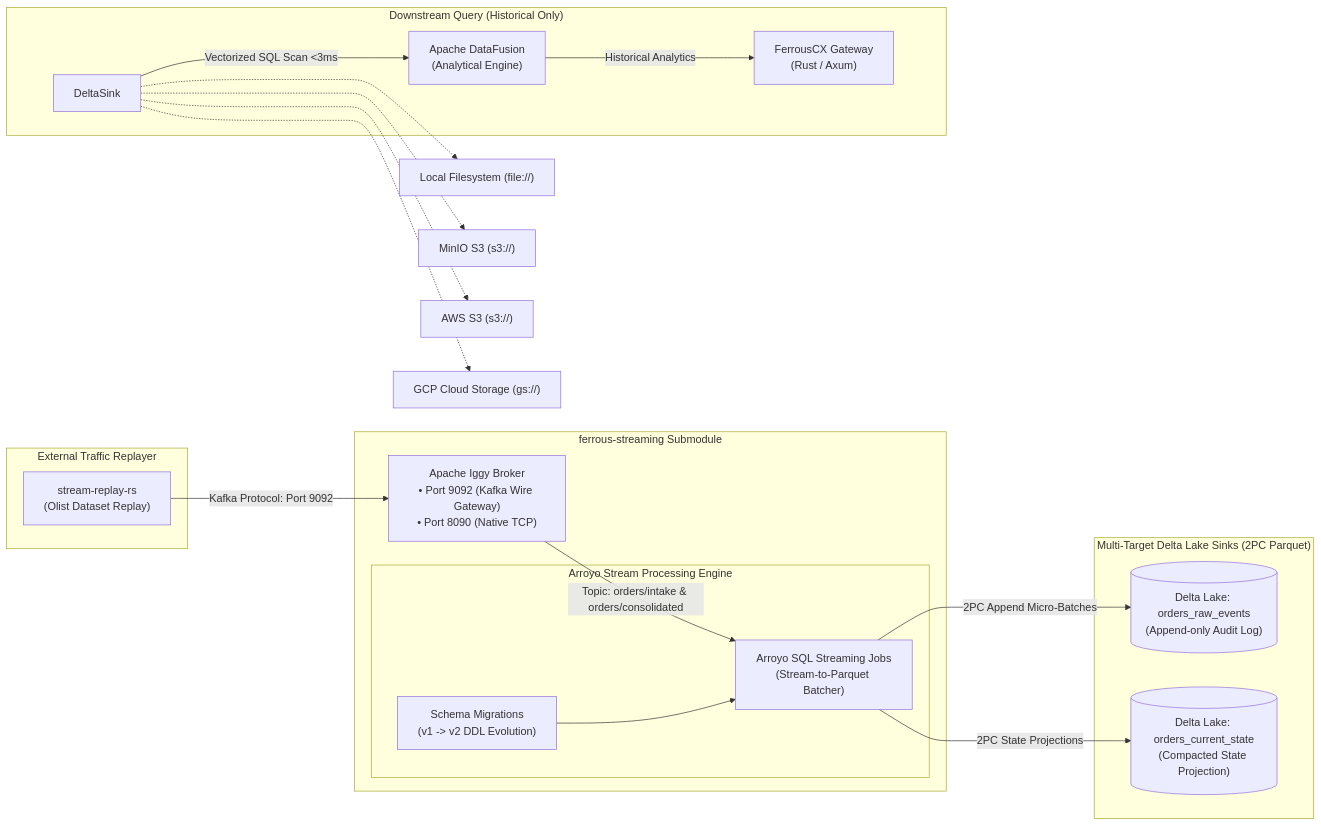
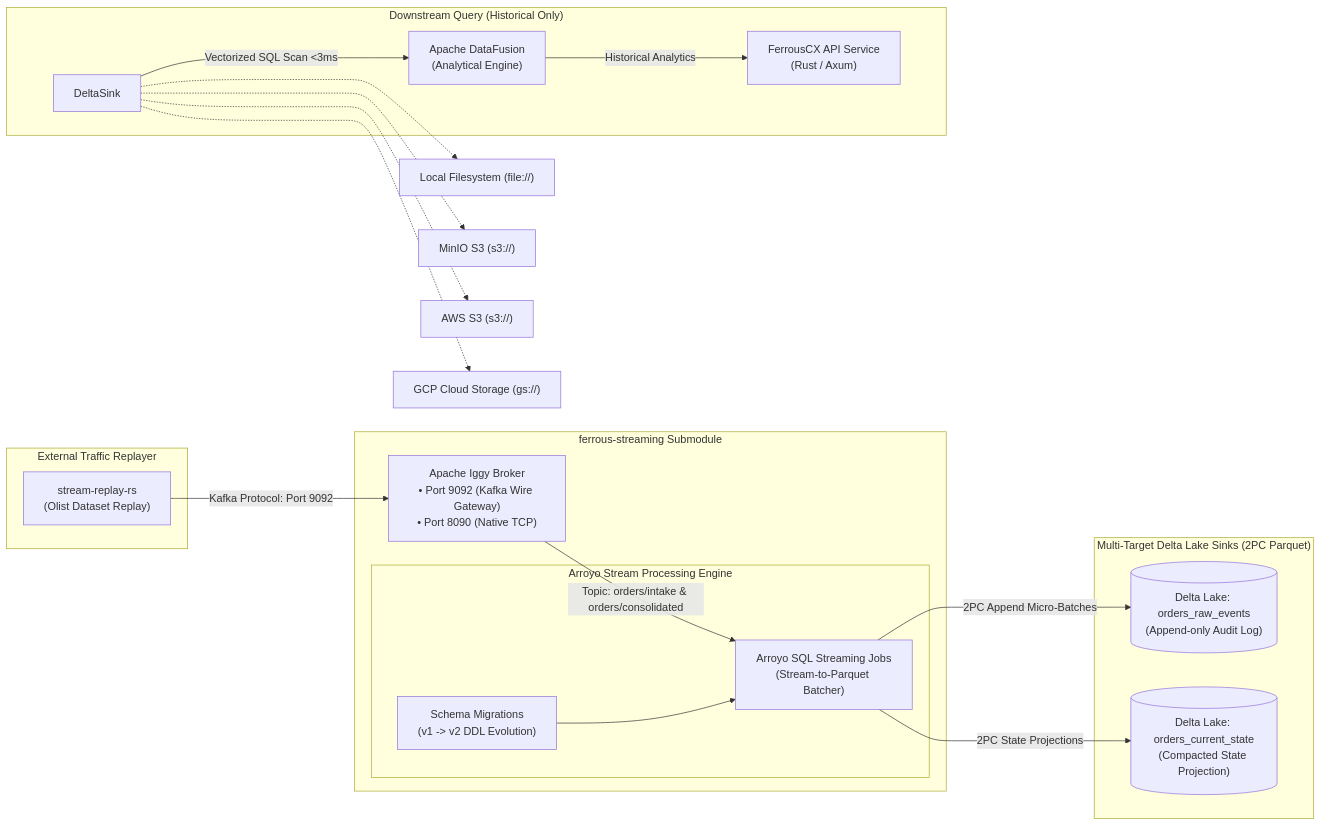
One commit to reidlai/ferrous-streaming changed the diagram in README.md. Above: the diagram before and after it, drawn with Mermaid. The commit also changed other lines of this file, not shown here.

Commit message:
docs(readme): rename ferrous-api reference from Gateway to API Service

````diff
--- a/README.md
+++ b/README.md
@@ -19,36 +19,36 @@
 ```mermaid
 flowchart LR
     subgraph Ingestion_Source ["External Traffic Replayer"]
         Replayer["stream-replay-rs<br/>(Olist Dataset Replay)"]
     end
 
     subgraph Streaming_Submodule ["ferrous-streaming Submodule"]
         Iggy["Apache Iggy Broker<br/>• Port 9092 (Kafka Wire Gateway)<br/>• Port 8090 (Native TCP)"]
         
         subgraph Arroyo_Engine ["Arroyo Stream Processing Engine"]
             Migrations["Schema Migrations<br/>(v1 -> v2 DDL Evolution)"]
             SQLPipeline["Arroyo SQL Streaming Jobs<br/>(Stream-to-Parquet Batcher)"]
         end
     end
 
     subgraph Storage ["Multi-Target Delta Lake Sinks (2PC Parquet)"]
         DeltaRaw[("Delta Lake: orders_raw_events<br/>(Append-only Audit Log)")]
         DeltaState[("Delta Lake: orders_current_state<br/>(Compacted State Projection)")]
     end
 
     Replayer -->|Kafka Protocol: Port 9092| Iggy
     Iggy -->|Topic: orders/intake & orders/consolidated| SQLPipeline
     Migrations --> SQLPipeline
     SQLPipeline -->|2PC Append Micro-Batches| DeltaRaw
     SQLPipeline -->|2PC State Projections| DeltaState
 
     DeltaSink -.-> Local["Local Filesystem (file://)"]
     DeltaSink -.-> MinIO["MinIO S3 (s3://)"]
     DeltaSink -.-> AWSS3["AWS S3 (s3://)"]
     DeltaSink -.-> GCS["GCP Cloud Storage (gs://)"]
 
     subgraph Downstream_Consumption ["Downstream Query (Historical Only)"]
         DeltaSink -->|Vectorized SQL Scan &lt;3ms| DataFusion["Apache DataFusion<br/>(Analytical Engine)"]
-        DataFusion -->|Historical Analytics| Gateway["FerrousCX Gateway<br/>(Rust / Axum)"]
+        DataFusion -->|Historical Analytics| ApiService["FerrousCX API Service<br/>(Rust / Axum)"]
     end
 ```
````
